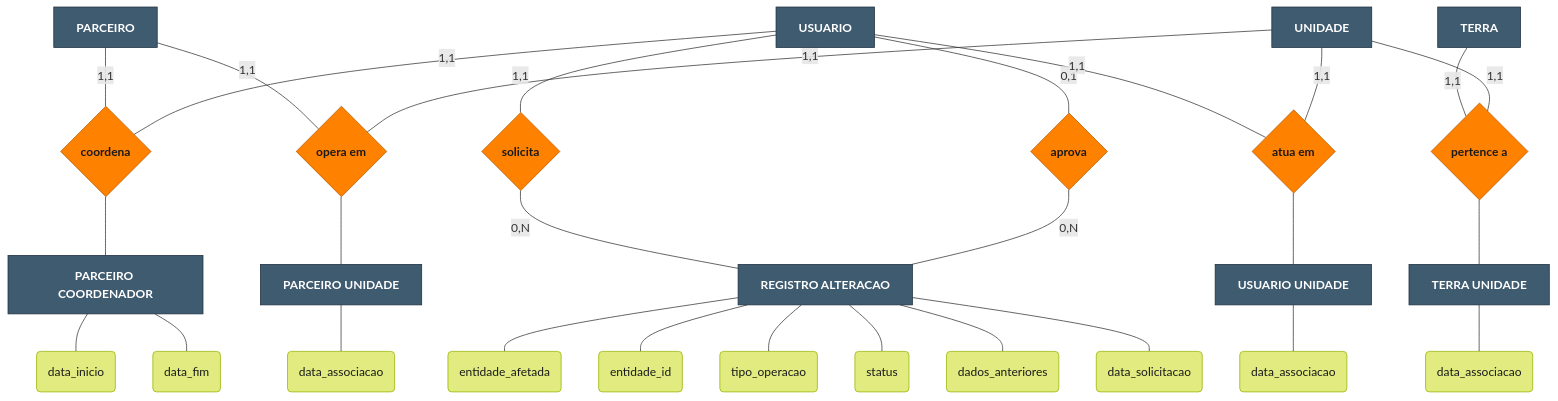
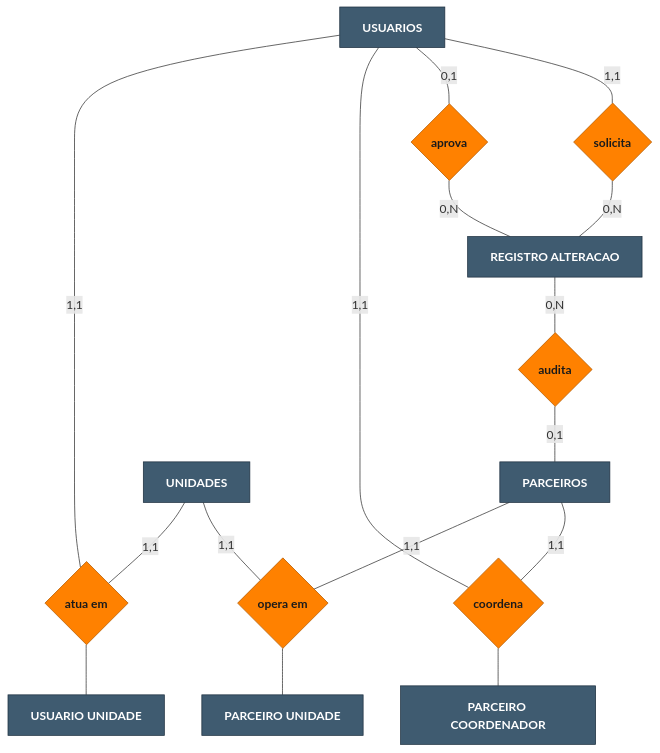
One commit to williamjrmaia/M-dulo-2---Aplica-o-Web-Atvos- changed the third of 4 diagrams in documentos/wad.md. Above: the diagram before and after it, drawn with Mermaid. The commit also changed other lines of this file, not shown here.

````diff
--- a/documentos/wad.md
+++ b/documentos/wad.md
@@ -1343,65 +1211,33 @@
 ```mermaid
 flowchart TB
     classDef entity fill:#3F5B70,stroke:#1e3040,color:#fff,font-weight:bold
     classDef rel fill:#FF8100,stroke:#b35a00,color:#1a1a1a,font-weight:bold
-    classDef attr fill:#E1EB80,stroke:#96B400,color:#1a1a1a
 
-    PARC[PARCEIRO]:::entity
-    USUA[USUARIO]:::entity
-    UNID[UNIDADE]:::entity
-    TERR[TERRA]:::entity
+    PARC[PARCEIROS]:::entity
+    USUA[USUARIOS]:::entity
+    UNID[UNIDADES]:::entity
     RA[REGISTRO ALTERACAO]:::entity
     PCOORD[PARCEIRO COORDENADOR]:::entity
     PUNID[PARCEIRO UNIDADE]:::entity
     UUNID[USUARIO UNIDADE]:::entity
-    TUNID[TERRA UNIDADE]:::entity
-
-    ra1(entidade_afetada):::attr
-    ra2(entidade_id):::attr
-    ra3(tipo_operacao):::attr
-    ra4(status):::attr
-    ra5(dados_anteriores):::attr
-    ra6(data_solicitacao):::attr
-    RA --- ra1
-    RA --- ra2
-    RA --- ra3
-    RA --- ra4
-    RA --- ra5
-    RA --- ra6
-
-    pc1(data_inicio):::attr
-    pc2(data_fim):::attr
-    PCOORD --- pc1
-    PCOORD --- pc2
-
-    pu1(data_associacao):::attr
-    PUNID --- pu1
-
-    uu1(data_associacao):::attr
-    UUNID --- uu1
-
-    tu1(data_associacao):::attr
-    TUNID --- tu1
 
     Rsol{solicita}:::rel
     Rapr{aprova}:::rel
+    Raud{audita}:::rel
     Rcoord{coordena}:::rel
     Ropun{opera em}:::rel
     Ratun{atua em}:::rel
-    Rpert{pertence a}:::rel
 
     USUA -- "1,1" --- Rsol -- "0,N" --- RA
     USUA -- "0,1" --- Rapr -- "0,N" --- RA
+    RA -- "0,N" --- Raud -- "0,1" --- PARC
     PARC -- "1,1" --- Rcoord
     USUA -- "1,1" --- Rcoord
     Rcoord --- PCOORD
     PARC -- "1,1" --- Ropun
     UNID -- "1,1" --- Ropun
     Ropun --- PUNID
     USUA -- "1,1" --- Ratun
     UNID -- "1,1" --- Ratun
     Ratun --- UUNID
-    TERR -- "1,1" --- Rpert
-    UNID -- "1,1" --- Rpert
-    Rpert --- TUNID
 ```
````
